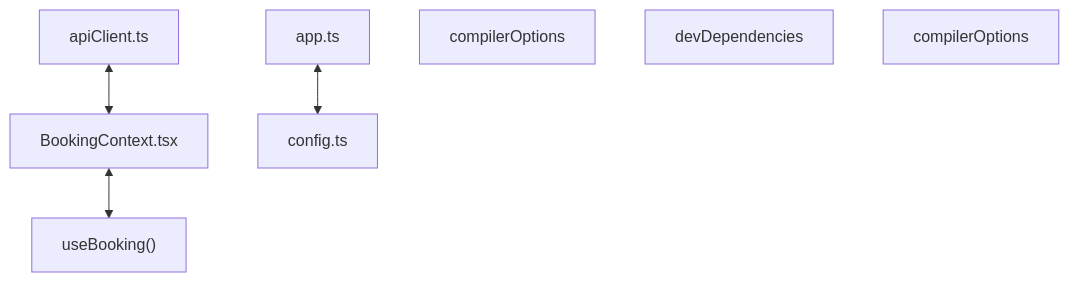
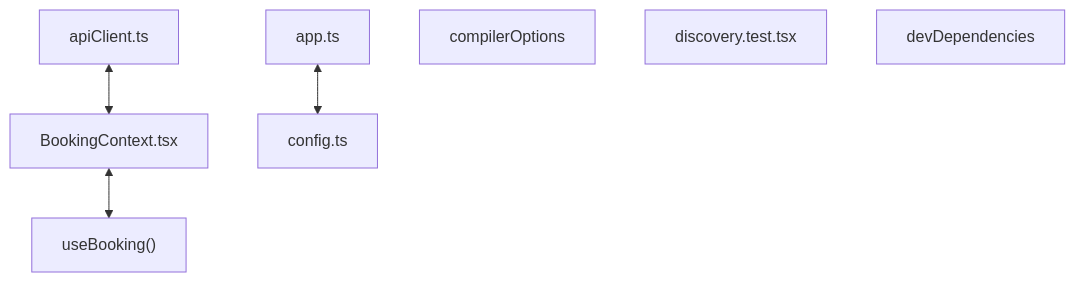
Before and after one commit to sel-nexus/bookmyshow-replica-2610090282: the diagram in graphify-out/GRAPH_REPORT.md, drawn with Mermaid. The commit also changed other lines of this file and 4 other files, not shown here.

Commit message:
chore: refresh code graph

````diff
--- a/graphify-out/GRAPH_REPORT.md
+++ b/graphify-out/GRAPH_REPORT.md
@@ -49,14 +51,14 @@
 ```mermaid
 flowchart TD
     backend_src_app["app.ts"]
     frontend_lib_apiclient["apiClient.ts"]
     frontend_state_bookingcontext["BookingContext.tsx"]
     frontend_state_bookingcontext_usebooking["useBooking()"]
     frontend_tsconfig_compileroptions["compilerOptions"]
+    frontend_tests_discovery_test["discovery.test.tsx"]
     backend_src_config["config.ts"]
     backend_package_devdependencies["devDependencies"]
-    backend_tsconfig_compileroptions["compilerOptions"]
     backend_src_app <--> backend_src_config
     frontend_lib_apiclient <--> frontend_state_bookingcontext
     frontend_state_bookingcontext <--> frontend_state_bookingcontext_usebooking
 ```
````
